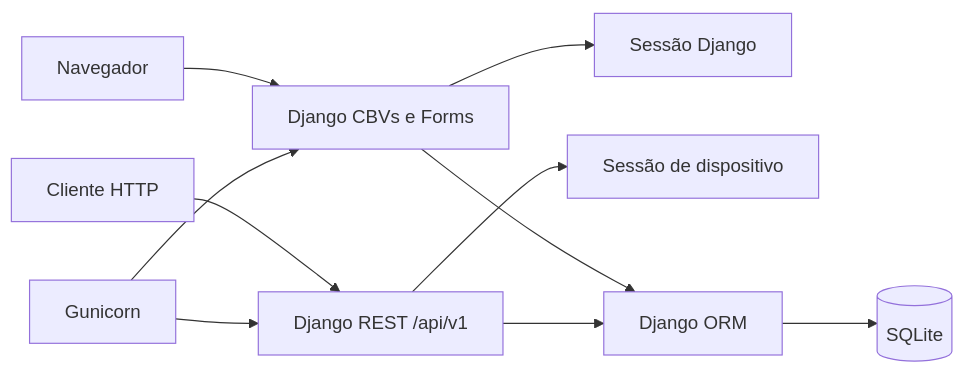
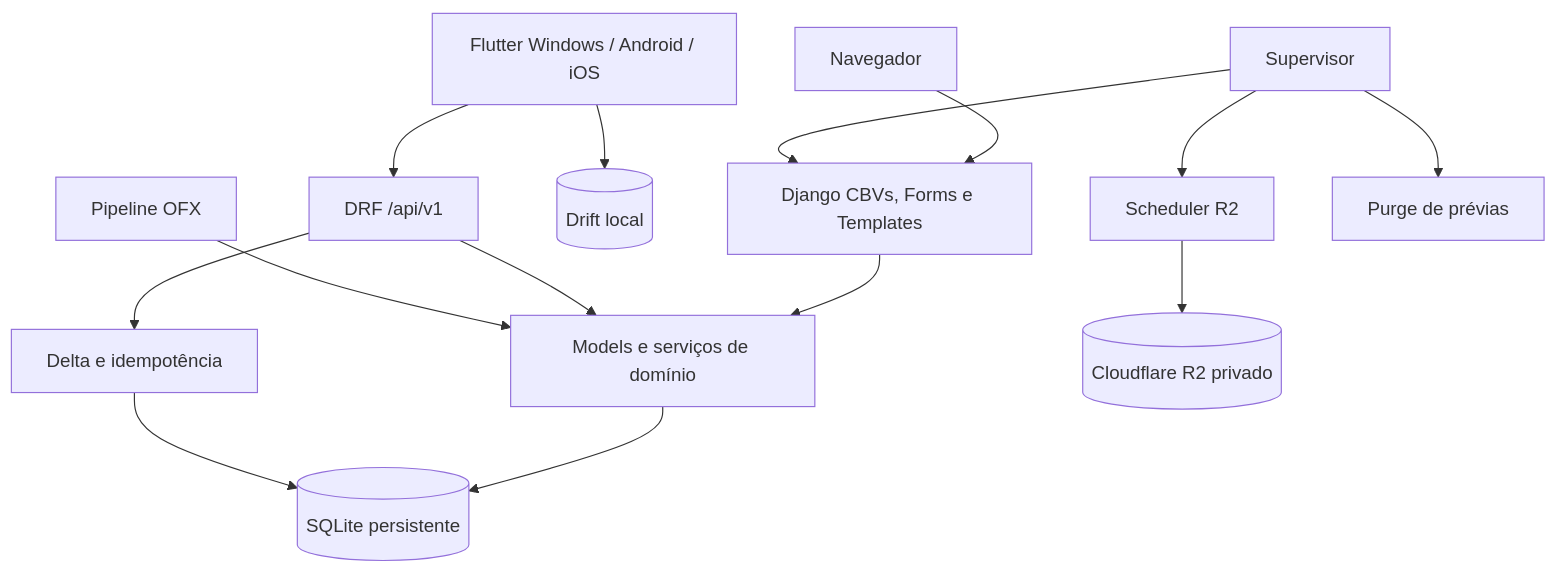
The first of 3 diagrams in docs/architecture.md (Ludsonfrancisco/finanpy), drawn with Mermaid before and after one commit. The commit also changed other lines of this file and 13 other files, not shown here.

````diff
--- a/docs/architecture.md
+++ b/docs/architecture.md
@@ -23,12 +18,16 @@
 ```mermaid
-flowchart LR
-    Browser["Navegador"] --> Web["Django CBVs e Forms"]
-    ApiClient["Cliente HTTP"] --> API["Django REST /api/v1"]
-    Web --> Session["Sessão Django"]
-    API --> DeviceAuth["Sessão de dispositivo"]
-    Web --> ORM["Django ORM"]
-    API --> ORM
-    ORM --> SQLite[("SQLite")]
-    Gunicorn["Gunicorn"] --> Web
-    Gunicorn --> API
+flowchart TB
+    WebClient["Navegador"] --> Web["Django CBVs, Forms e Templates"]
+    Flutter["Flutter Windows / Android / iOS"] --> API["DRF /api/v1"]
+    Web --> Domain["Models e serviços de domínio"]
+    API --> Domain
+    Domain --> SQLite[("SQLite persistente")]
+    Flutter --> Drift[("Drift local")]
+    API --> Sync["Delta e idempotência"]
+    Sync --> SQLite
+    Import["Pipeline OFX"] --> Domain
+    Supervisor --> Web
+    Supervisor --> Backup["Scheduler R2"]
+    Supervisor --> Purge["Purge de prévias"]
+    Backup --> R2[("Cloudflare R2 privado")]
 ```
````
